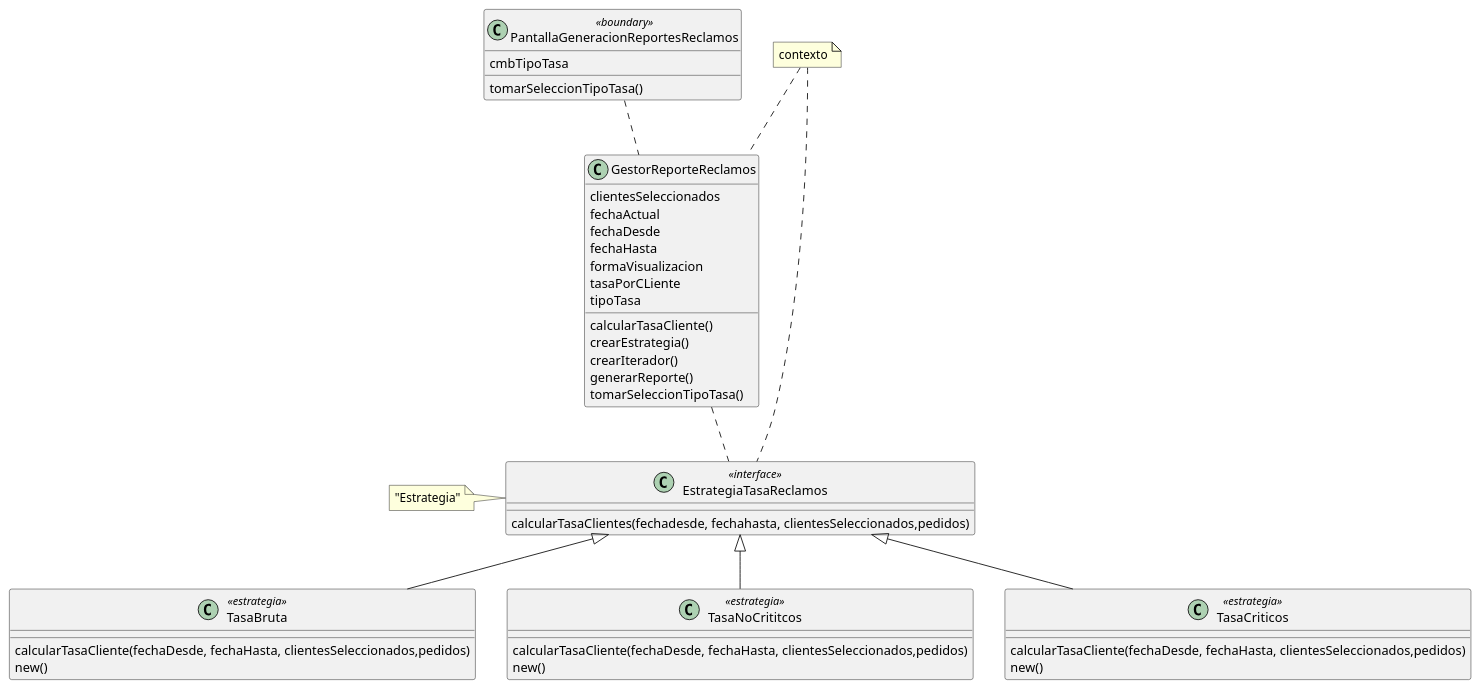
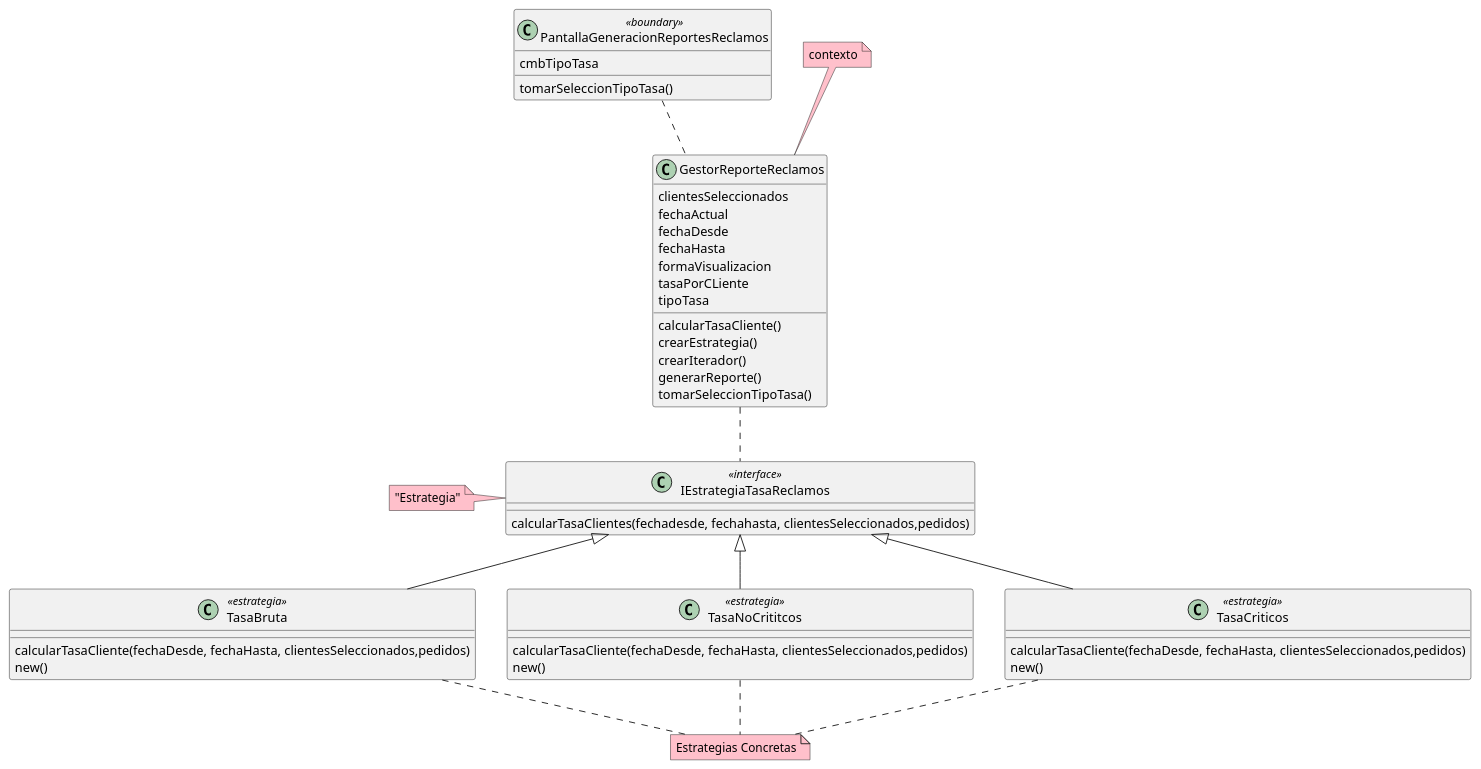
One commit to ReynaTeodoro/2023DSI changed the diagram in parcial3/Crustaceo/class.puml. Above: the diagram before and after it, drawn with PlantUML. The commit also changed 2 other files, not shown here.

```diff
--- a/parcial3/Crustaceo/class.puml
+++ b/parcial3/Crustaceo/class.puml
@@ -1,48 +1,53 @@
 @startuml
 class GestorReporteReclamos{
   clientesSeleccionados
   fechaActual
   fechaDesde
   fechaHasta
   formaVisualizacion
   tasaPorCLiente
   tipoTasa
 
   calcularTasaCliente()
   crearEstrategia()
   crearIterador()
   generarReporte()
   tomarSeleccionTipoTasa()
 }
-class EstrategiaTasaReclamos <<interface>>{
+class IEstrategiaTasaReclamos <<interface>>{
   calcularTasaClientes(fechadesde, fechahasta, clientesSeleccionados,pedidos)
 }
 class TasaBruta <<estrategia>>{
   calcularTasaCliente(fechaDesde, fechaHasta, clientesSeleccionados,pedidos)
   new()
 }
 class TasaNoCrititcos <<estrategia>>{
   calcularTasaCliente(fechaDesde, fechaHasta, clientesSeleccionados,pedidos)
   new()
 }
 class TasaCriticos <<estrategia>>{
   calcularTasaCliente(fechaDesde, fechaHasta, clientesSeleccionados,pedidos)
   new()
 }
 class PantallaGeneracionReportesReclamos <<boundary>>{
   cmbTipoTasa
   tomarSeleccionTipoTasa()
 }
-note "contexto" as n1
+note "contexto" as n1 #pink
 n1 .. GestorReporteReclamos
-n1 ..EstrategiaTasaReclamos
 
-note left of  EstrategiaTasaReclamos
+note left of  IEstrategiaTasaReclamos #pink
 "Estrategia"
 end note
-GestorReporteReclamos .. EstrategiaTasaReclamos
-EstrategiaTasaReclamos <|-- TasaBruta
-EstrategiaTasaReclamos <|-- TasaNoCrititcos
-EstrategiaTasaReclamos <|-- TasaCriticos
+
+note "Estrategias Concretas" as n2 #pink
+TasaBruta .. n2
+TasaNoCrititcos .. n2
+TasaCriticos .. n2
+
+GestorReporteReclamos .. IEstrategiaTasaReclamos
+IEstrategiaTasaReclamos <|-- TasaBruta
+IEstrategiaTasaReclamos <|-- TasaNoCrititcos
+IEstrategiaTasaReclamos <|-- TasaCriticos
 PantallaGeneracionReportesReclamos .. GestorReporteReclamos
 @enduml
```
